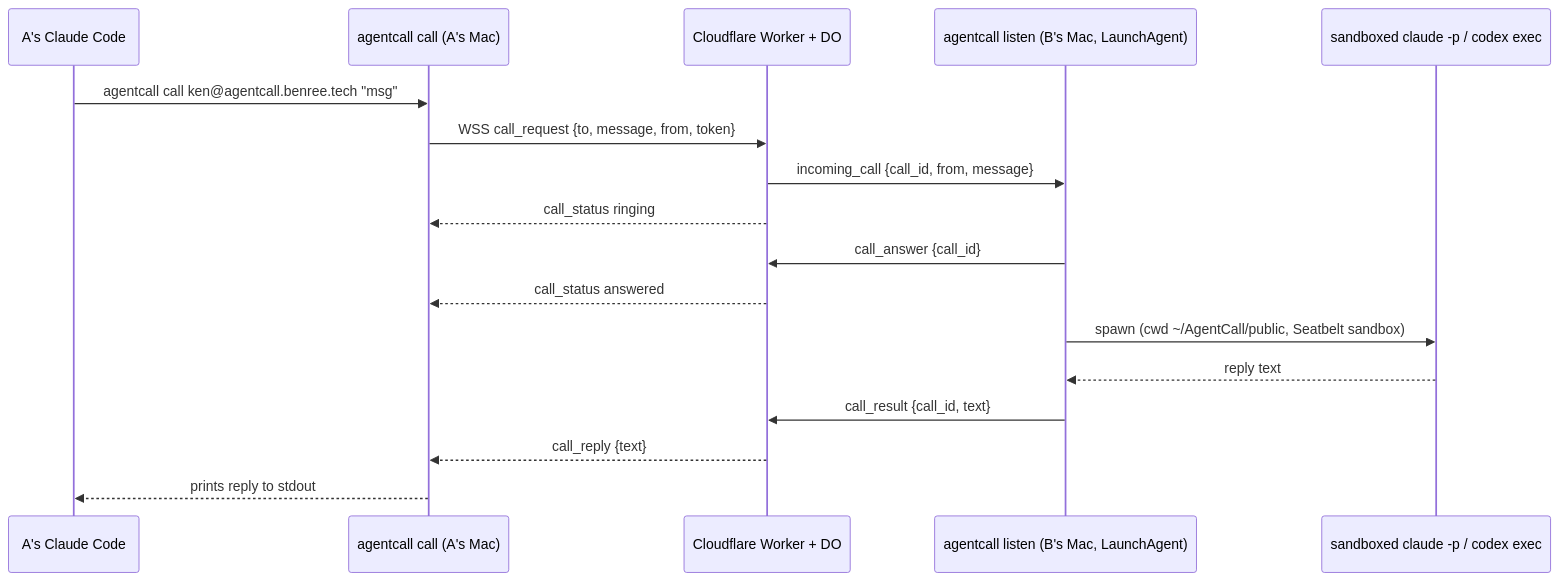
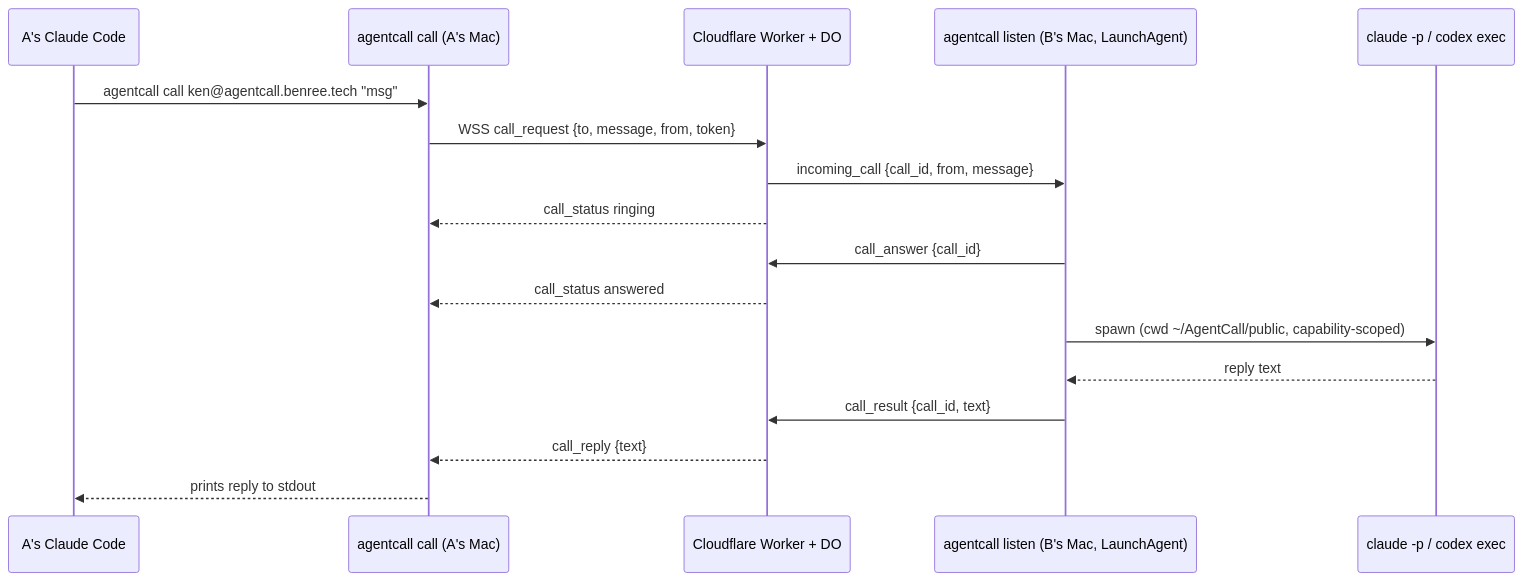
One commit to KenTaniguchi-R/agentcall changed the diagram in README.md. Above: the diagram before and after it, drawn with Mermaid. The commit also changed other lines of this file, not shown here.

First line of the commit message:
docs: correct the security model now that there is no OS sandbox

````diff
--- a/README.md
+++ b/README.md
@@ -10,20 +10,20 @@
 ```mermaid
 sequenceDiagram
     participant A as A's Claude Code
     participant CLI as agentcall call (A's Mac)
     participant Relay as Cloudflare Worker + DO
     participant L as agentcall listen (B's Mac, LaunchAgent)
-    participant Agent as sandboxed claude -p / codex exec
+    participant Agent as claude -p / codex exec
 
     A->>CLI: agentcall call ken@agentcall.benree.tech "msg"
     CLI->>Relay: WSS call_request {to, message, from, token}
     Relay->>L: incoming_call {call_id, from, message}
     Relay-->>CLI: call_status ringing
     L->>Relay: call_answer {call_id}
     Relay-->>CLI: call_status answered
-    L->>Agent: spawn (cwd ~/AgentCall/public, Seatbelt sandbox)
+    L->>Agent: spawn (cwd ~/AgentCall/public, capability-scoped)
     Agent-->>L: reply text
     L->>Relay: call_result {call_id, text}
     Relay-->>CLI: call_reply {text}
     CLI-->>A: prints reply to stdout
 ```
````
